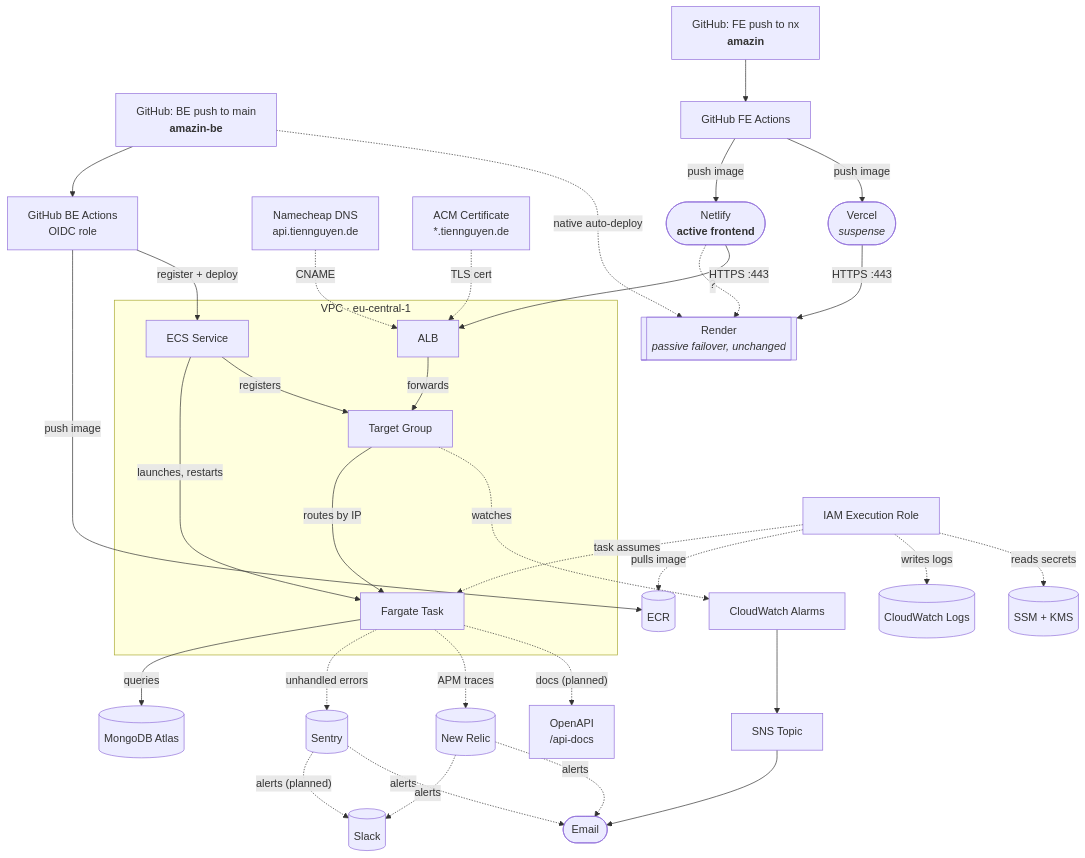
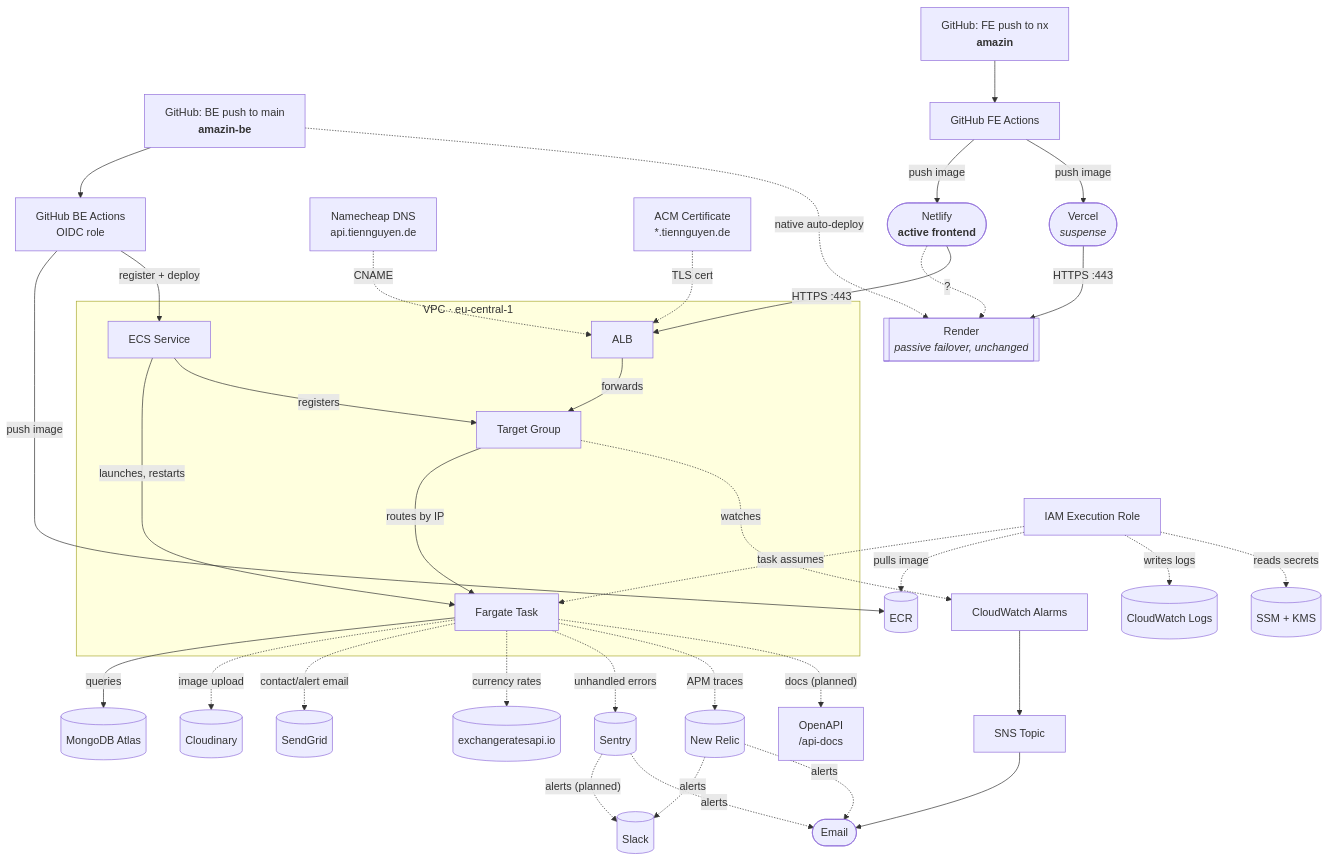
One commit to ntrix/amazin-be changed the second of 2 diagrams in README.md. Above: the diagram before and after it, drawn with Mermaid.

Commit message:
docs(readme): add Cloudinary, SendGrid, exchangeratesapi.io to architecture diagram

````diff
--- a/README.md
+++ b/README.md
@@ -116,46 +116,50 @@
 ```mermaid
 flowchart TB
   GitHubBE["GitHub: BE push to main<br/><b>amazin-be</b>"] --> ActionsBE["GitHub BE Actions<br/>OIDC role"]
   ActionsBE -->|"push image"| ECR2[("ECR")]
   ActionsBE -->|"register + deploy"| Service2
   GitHubBE -.->|"native auto-deploy"| Render2
 
   DNS["Namecheap DNS<br/>api.tiennguyen.de"] -. CNAME .-> ALB2
   ACM["ACM Certificate<br/>*.tiennguyen.de"] -. "TLS cert" .-> ALB2
 
   GitHubFE["GitHub: FE push to nx<br/><b>amazin</b>"] --> ActionsFE["GitHub FE Actions"]
   ActionsFE -->|"push image"| Netlify2(["Netlify<br/><b>active frontend</b>"]) .->|"?"| Render2
   Netlify2 -->|"HTTPS :443"| ALB2["ALB"]
   ActionsFE -->|"push image"| Vercel2(["Vercel<br/><i>suspense</i>"]) -->|"HTTPS :443"| Render2
   ALB2 -->|forwards| TG2["Target Group"]
   TG2 -->|"routes by IP"| Task2["Fargate Task"]
   Task2 -->|queries| Mongo2[("MongoDB Atlas")]
   Service2["ECS Service"] -->|"launches, restarts"| Task2
   Service2 -->|registers| TG2
 
   ~~~Role2["IAM Execution Role"] -. "task assumes" .-> Task2
   Role2 -. "pulls image" .-> ECR2
   Role2 -. "writes logs" .-> Logs2[("CloudWatch Logs")]
   Role2 -. "reads secrets" .-> SSM2[("SSM + KMS")]
 
   TG2 -. watches .-> Alarms["CloudWatch Alarms"]
   Alarms --> SNS["SNS Topic"]
   SNS --> Email([Email])
 
+  Task2 -. "image upload" .-> Cloudinary[("Cloudinary")]
+  Task2 -. "contact/alert email" .-> SendGrid[("SendGrid")]
+  Task2 -. "currency rates" .-> Rates[("exchangeratesapi.io")]
+
   Task2 -. "unhandled errors" .-> Sentry[("Sentry")]
   Task2 -. "APM traces" .-> NewRelic[("New Relic")]
   Task2 -. "docs (planned)" .-> OpenAPI["OpenAPI<br>/api-docs"]
   Sentry -. "alerts (planned)" .-> Slack[("Slack")]
   Sentry -. alerts .-> Email
   NewRelic -. alerts .-> Slack
   NewRelic -. alerts .-> Email
 
   Render2[["Render<br/><i>passive failover, unchanged</i>"]]
 
   subgraph VPC2["VPC · eu-central-1"]
     ALB2
     TG2
     Task2
     Service2
   end
 ```
````
